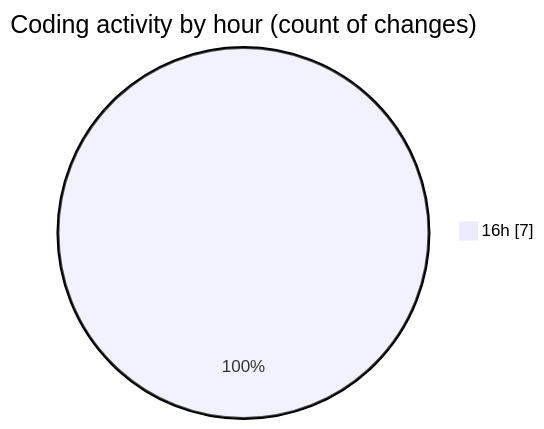
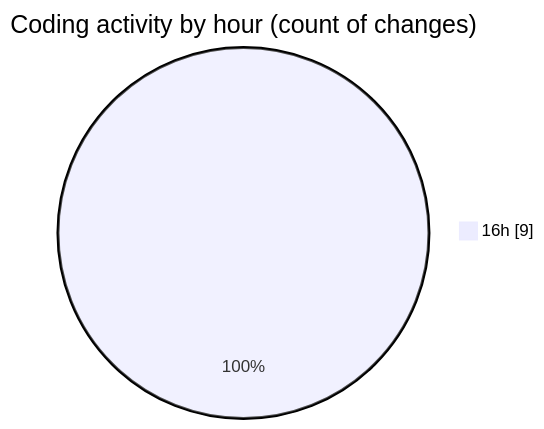
The second of 2 diagrams in 2025-02-28/retro-futuristic-blog/README.md (robertbonfada/code-tracking), drawn with Mermaid before and after one commit. The commit also changed other lines of this file and 1 other file, not shown here.

````diff
--- a/2025-02-28/retro-futuristic-blog/README.md
+++ b/2025-02-28/retro-futuristic-blog/README.md
@@ -33,5 +35,5 @@
 ```mermaid
 pie showData
 title Coding activity by hour (count of changes)
-"16h" : 7
+"16h" : 9
 ```
````
